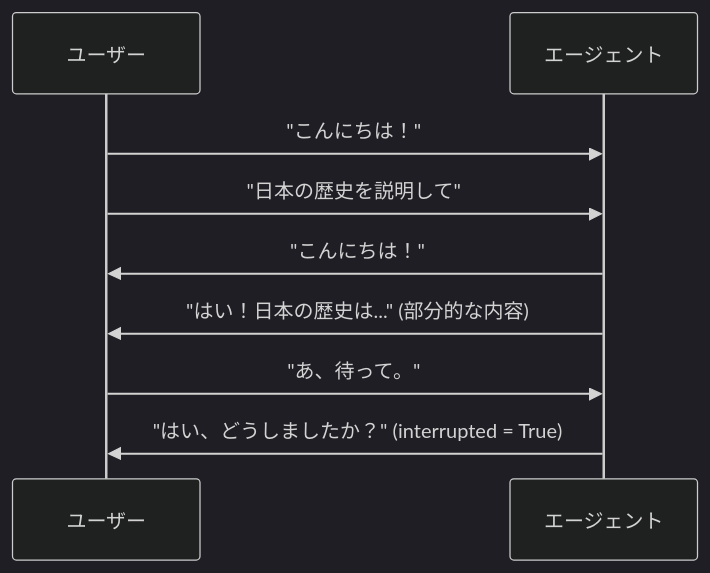
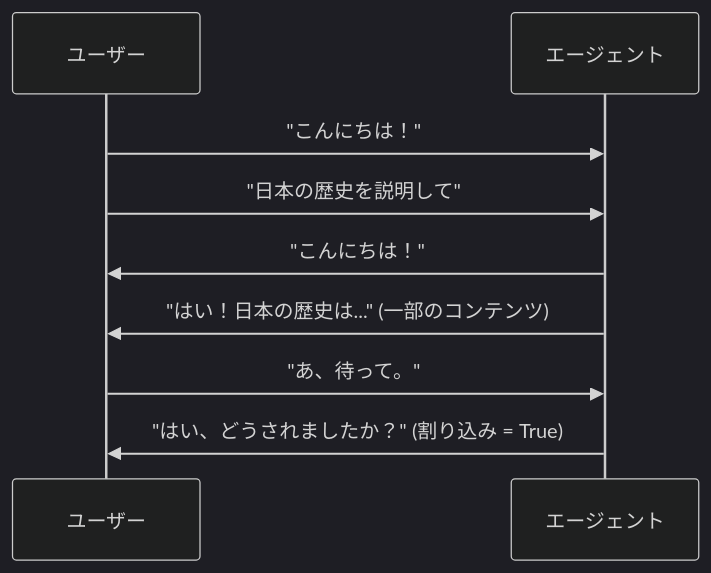
The first of 2 diagrams in docs/ja/streaming/dev-guide/part1.md (adk-labs/adk-docs), drawn with Mermaid (dark theme) before and after one commit. The commit also changed other lines of this file and 37 other files, not shown here.

````diff
--- a/docs/ja/streaming/dev-guide/part1.md
+++ b/docs/ja/streaming/dev-guide/part1.md
@@ -23,13 +27,13 @@
 ```mermaid
 sequenceDiagram
     participant Client as ユーザー
     participant Agent as エージェント
 
     Client->>Agent: "こんにちは！"
     Client->>Agent: "日本の歴史を説明して"
     Agent->>Client: "こんにちは！"
-    Agent->>Client: "はい！日本の歴史は..." (部分的な内容)
+    Agent->>Client: "はい！日本の歴史は..." (一部のコンテンツ)
     Client->>Agent: "あ、待って。"
 
-    Agent->>Client: "はい、どうしましたか？" (interrupted = True)
+    Agent->>Client: "はい、どうされましたか？" (割り込み = True)
 ```
````
